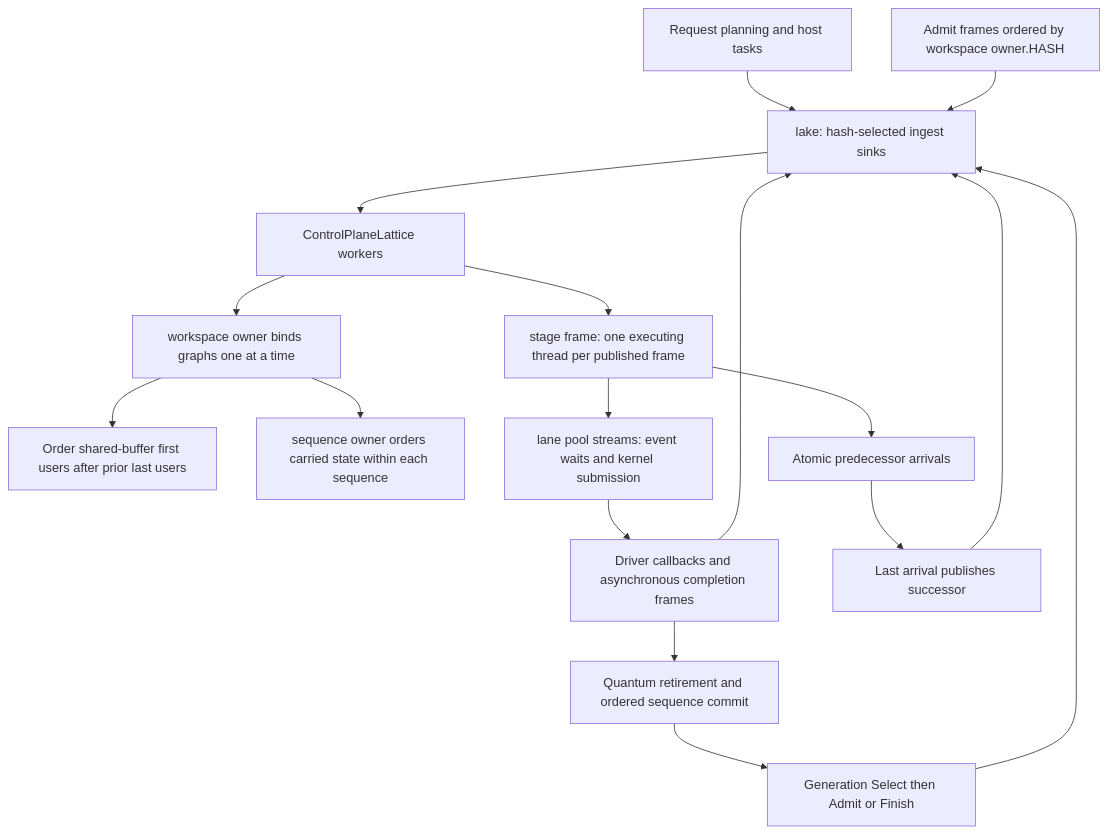
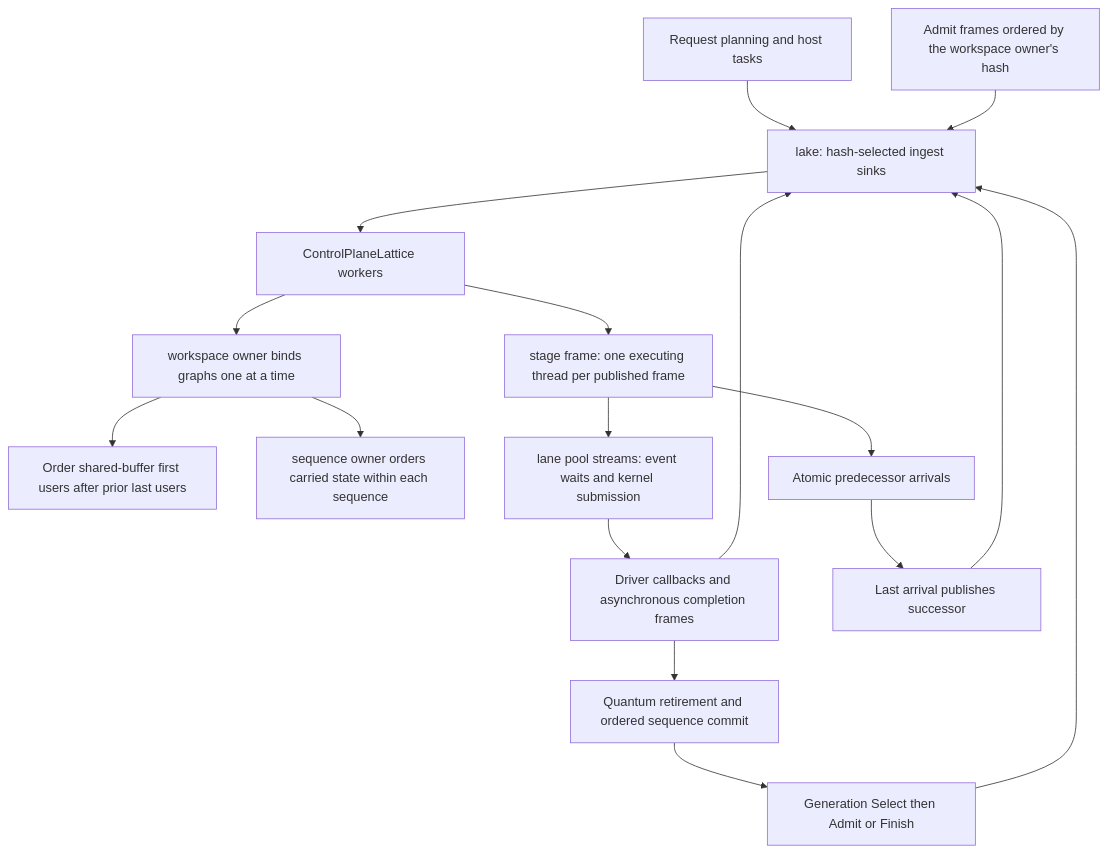
Before and after one commit to Euhedral-Engine/Euhedral: the diagram in docs/architecture/08-concurrency-and-ownership.md, drawn with Mermaid. The commit also changed other lines of this file and 19 other files, not shown here.

````diff
--- a/docs/architecture/08-concurrency-and-ownership.md
+++ b/docs/architecture/08-concurrency-and-ownership.md
@@ -5,19 +5,19 @@
 ```mermaid
 flowchart TB
     Request[Request planning and host tasks] --> Lake[lake: hash-selected ingest sinks]
-    Admit[Admit frames ordered by workspace owner.HASH] --> Lake
+    Admit[Admit frames ordered by the workspace owner's hash] --> Lake
     Callback[Driver callbacks and asynchronous completion frames] --> Lake
     Lake --> Fabric[ControlPlaneLattice workers]
     Fabric --> Owner[workspace owner binds graphs one at a time]
     Owner --> Shared[Order shared-buffer first users after prior last users]
     Owner --> Sequence[sequence owner orders carried state within each sequence]
     Fabric --> Stage[stage frame: one executing thread per published frame]
     Stage --> Edge[Atomic predecessor arrivals]
     Edge --> Ready[Last arrival publishes successor]
     Ready --> Lake
     Stage --> GPU[lane pool streams: event waits and kernel submission]
     GPU --> Callback
     Callback --> Retire[Quantum retirement and ordered sequence commit]
     Retire --> Select[Generation Select then Admit or Finish]
     Select --> Lake
 ```
````
